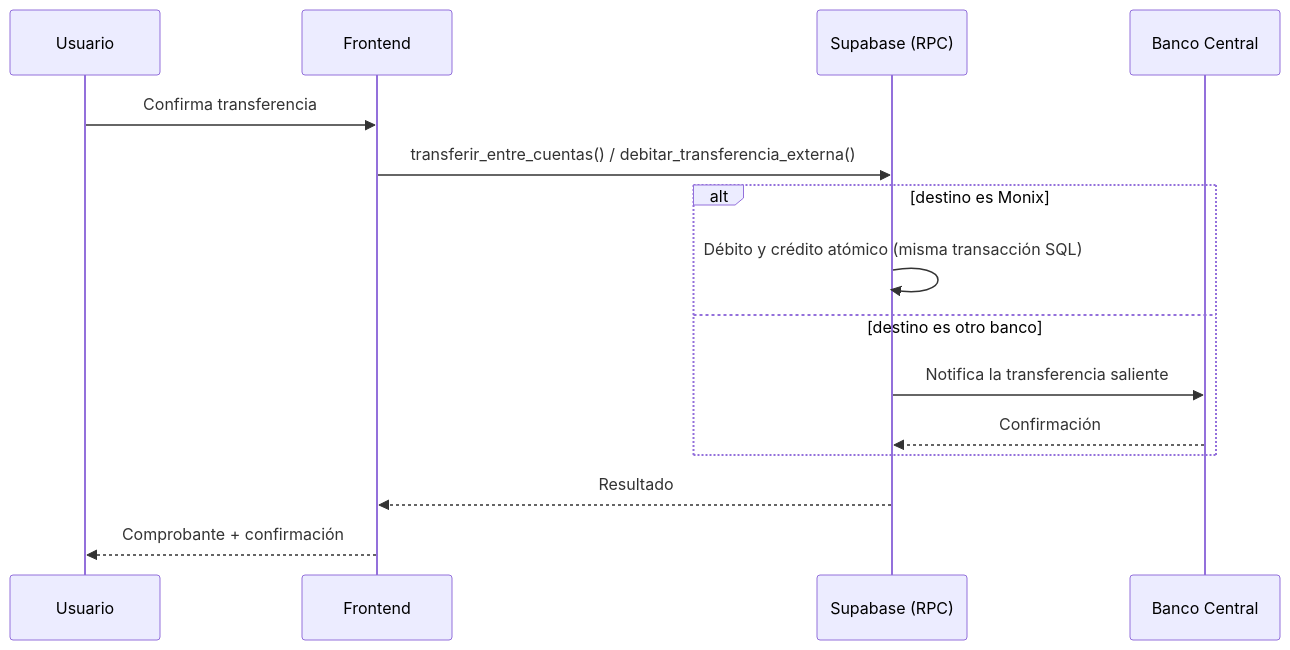
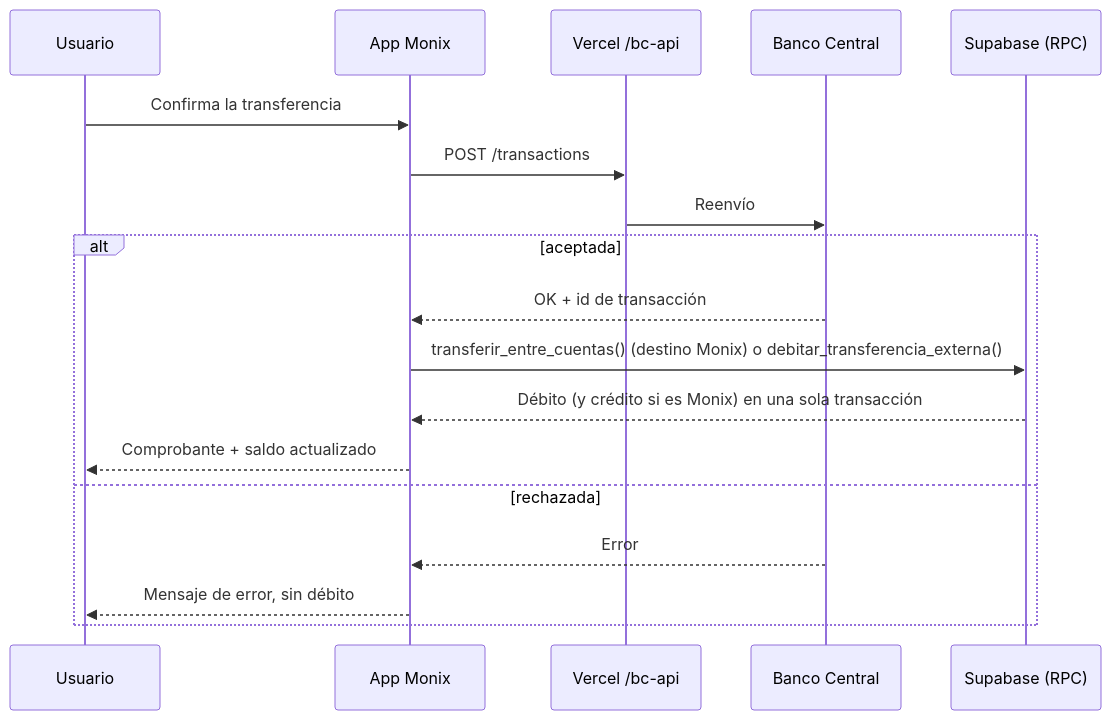
One commit to Maxi12141/HomebankingMonix changed the second of 3 diagrams in docs/manual-despliegue.md. Above: the diagram before and after it, drawn with Mermaid. The commit also changed other lines of this file and 5 other files, not shown here.

````diff
--- a/docs/manual-despliegue.md
+++ b/docs/manual-despliegue.md
@@ -63,17 +75,20 @@
 ```mermaid
 sequenceDiagram
   participant U as Usuario
-  participant F as Frontend
+  participant A as App Monix
+  participant P as Vercel /bc-api
+  participant BC as Banco Central
   participant S as Supabase (RPC)
-  participant BC as Banco Central
-  U->>F: Confirma transferencia
-  F->>S: transferir_entre_cuentas() / debitar_transferencia_externa()
-  alt destino es Monix
-    S->>S: Débito y crédito atómico (misma transacción SQL)
-  else destino es otro banco
-    S->>BC: Notifica la transferencia saliente
-    BC-->>S: Confirmación
+  U->>A: Confirma la transferencia
+  A->>P: POST /transactions
+  P->>BC: Reenvío
+  alt aceptada
+    BC-->>A: OK + id de transacción
+    A->>S: transferir_entre_cuentas() (destino Monix) o debitar_transferencia_externa()
+    S-->>A: Débito (y crédito si es Monix) en una sola transacción
+    A-->>U: Comprobante + saldo actualizado
+  else rechazada
+    BC-->>A: Error
+    A-->>U: Mensaje de error, sin débito
   end
-  S-->>F: Resultado
-  F-->>U: Comprobante + confirmación
 ```
````
